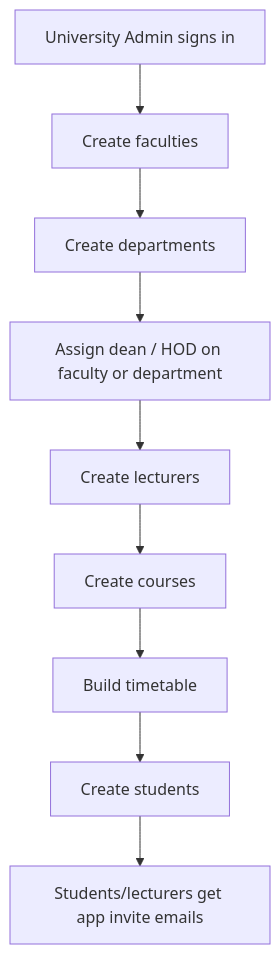
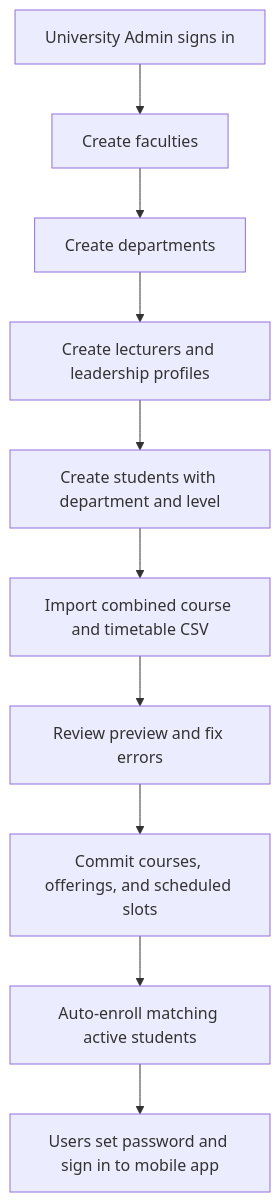
Before and after one commit to emanncode/Uniflow: the fifth of 7 diagrams in docs/uniflow-workflow.md, drawn with Mermaid. The commit also changed other lines of this file, not shown here.

Commit message:
docs: update uniflow workflow with current implementation details and combined import process

````diff
--- a/docs/uniflow-workflow.md
+++ b/docs/uniflow-workflow.md
@@ -312,11 +312,12 @@
 ```mermaid
 flowchart TD
   A[University Admin signs in] --> B[Create faculties]
   B --> C[Create departments]
-  C --> D[Assign dean / HOD on faculty or department]
-  D --> E[Create lecturers]
-  E --> F[Create courses]
-  F --> G[Build timetable]
-  G --> H[Create students]
-  H --> I[Students/lecturers get app invite emails]
+  C --> D[Create lecturers and leadership profiles]
+  D --> E[Create students with department and level]
+  E --> F[Import combined course and timetable CSV]
+  F --> G[Review preview and fix errors]
+  G --> H[Commit courses, offerings, and scheduled slots]
+  H --> I[Auto-enroll matching active students]
+  I --> J[Users set password and sign in to mobile app]
 ```
````
